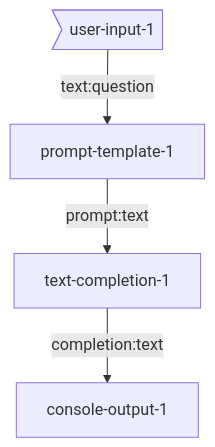
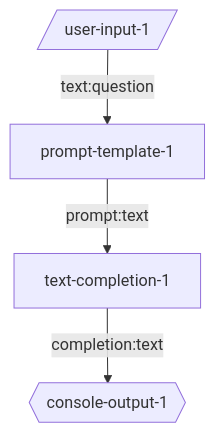
The diagram in seeds/graph-playground/docs/graphs/simple-prompt.md (breadboard-ai/breadboard), drawn with Mermaid before and after one commit. The commit also changed 11 other files, not shown here.

Commit message:
[graph-playground] Update diagrams.

````diff
--- a/seeds/graph-playground/docs/graphs/simple-prompt.md
+++ b/seeds/graph-playground/docs/graphs/simple-prompt.md
@@ -4,6 +4,6 @@
 ```mermaid
 graph TD;
-user-input-1>user-input-1] -- text:question --> prompt-template-1
+user-input-1[/user-input-1/] -- text:question --> prompt-template-1
 prompt-template-1 -- prompt:text --> text-completion-1
-text-completion-1 -- completion:text --> console-output-1
+text-completion-1 -- completion:text --> console-output-1{{console-output-1}}
 ```
````
